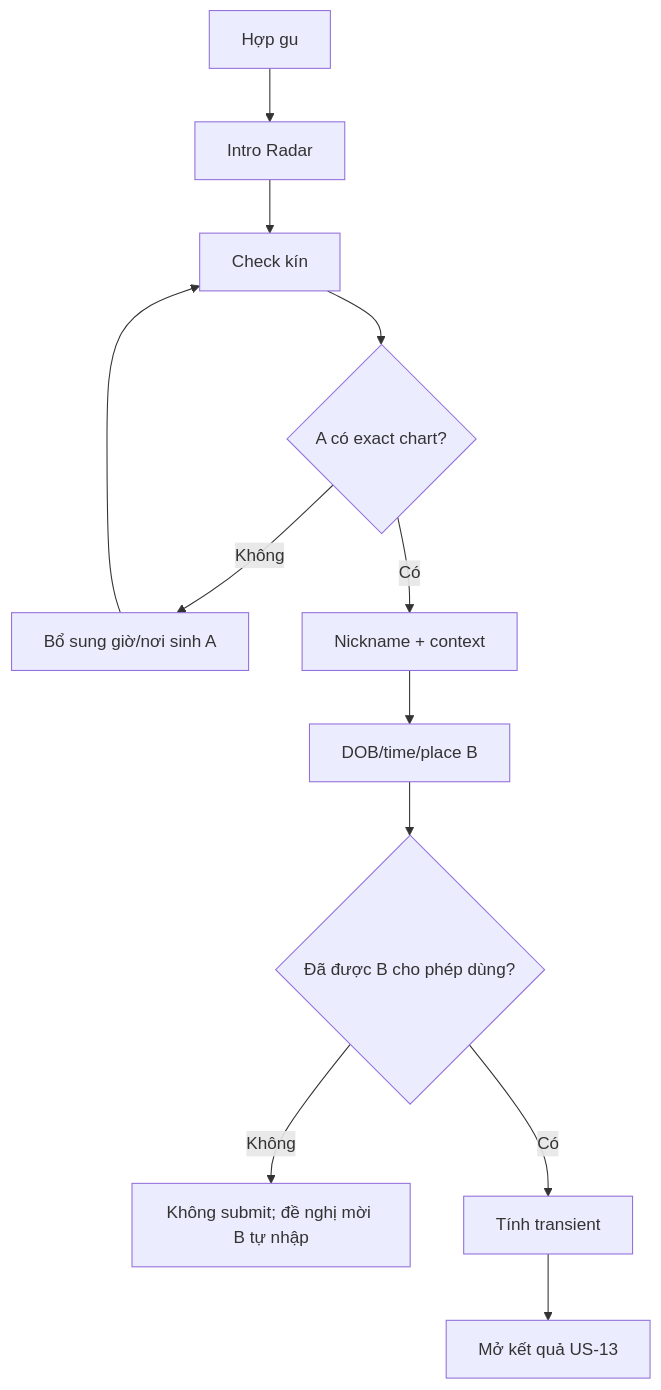
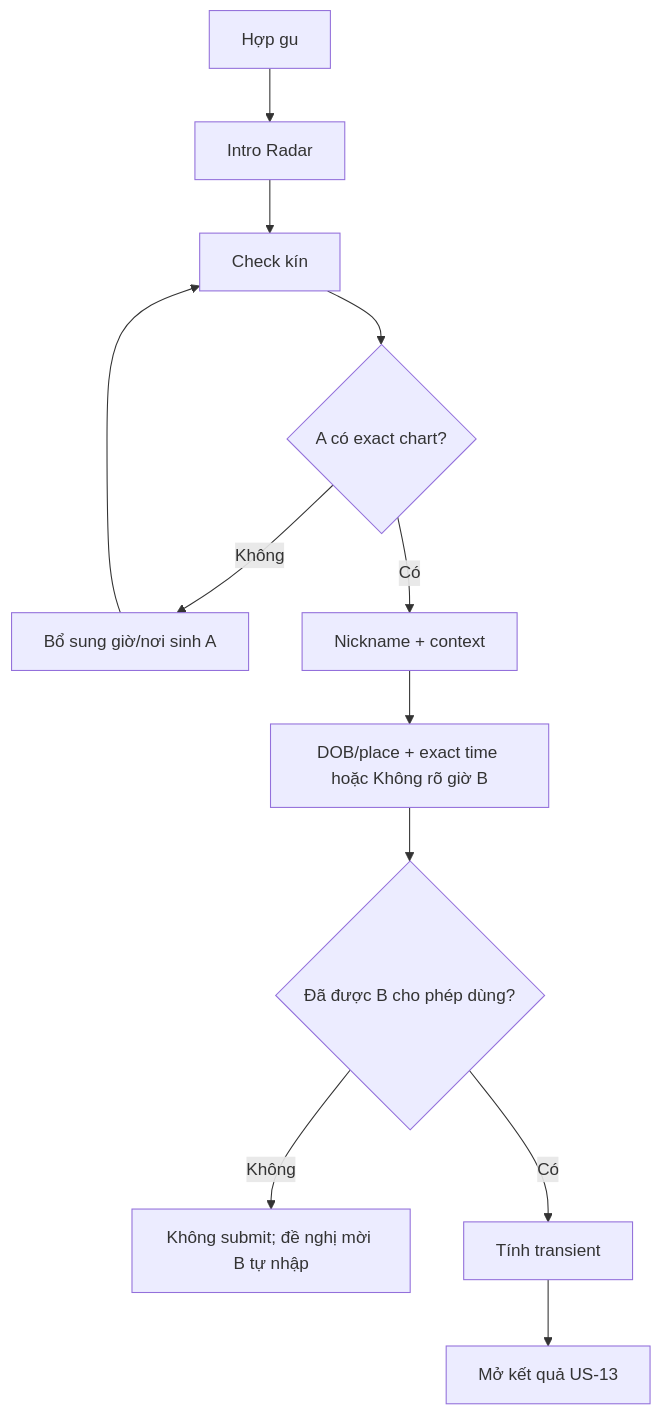
One commit to honghanh153-creator/la-lanh changed the diagram in docs/user-stories/US-12-tao-va-gui-la-ghep.md. Above: the diagram before and after it, drawn with Mermaid. The commit also changed other lines of this file and 25 other files, not shown here.

Commit message:
feat: improve birth time and natal reading flow

````diff
--- a/docs/user-stories/US-12-tao-va-gui-la-ghep.md
+++ b/docs/user-stories/US-12-tao-va-gui-la-ghep.md
@@ -15,11 +15,11 @@
 ```mermaid
 flowchart TD
   A["Hợp gu"] --> B["Intro Radar"] --> C["Check kín"]
   C --> D{"A có exact chart?"}
   D -->|Không| E["Bổ sung giờ/nơi sinh A"] --> C
   D -->|Có| F["Nickname + context"]
-  F --> G["DOB/time/place B"]
+  F --> G["DOB/place + exact time hoặc Không rõ giờ B"]
   G --> H{"Đã được B cho phép dùng?"}
   H -->|Không| I["Không submit; đề nghị mời B tự nhập"]
   H -->|Có| J["Tính transient"] --> K["Mở kết quả US-13"]
 ```
````
